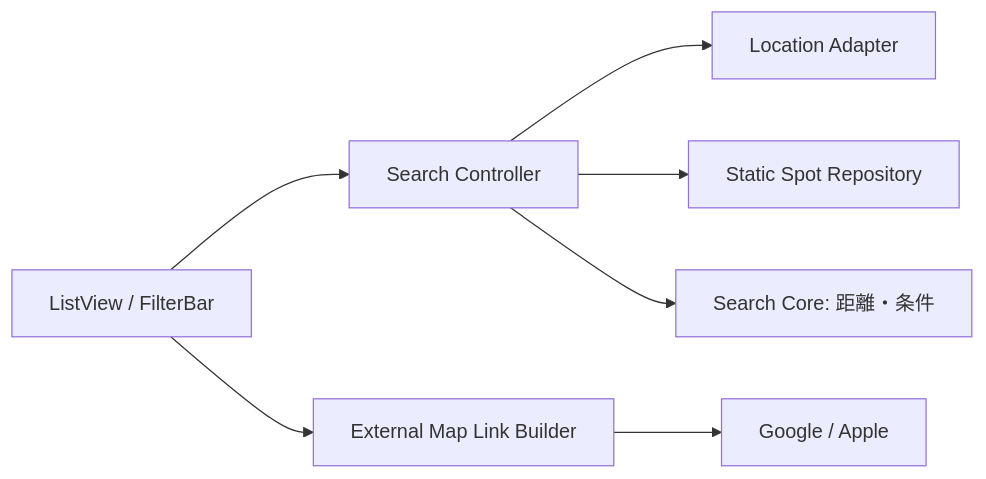
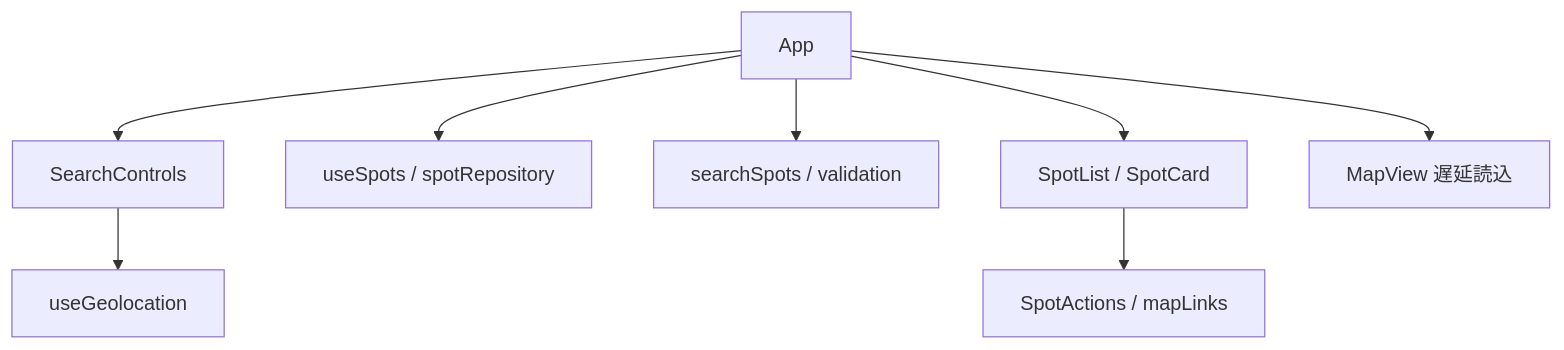
The third of 4 diagrams in docs/ARCHITECTURE.md (suzaking/lespot), drawn with Mermaid before and after one commit. The commit also changed other lines of this file and 69 other files, not shown here.

Commit message:
feat: implement static LeSpot search, linked map, CSV validation and test foundation

````diff
--- a/docs/ARCHITECTURE.md
+++ b/docs/ARCHITECTURE.md
@@ -47,9 +34,10 @@
 ```mermaid
-flowchart LR
-  UI[ListView / FilterBar] --> CT[Search Controller]
-  CT --> GEO[Location Adapter]
-  CT --> REPO[Static Spot Repository]
-  CT --> CORE[Search Core: 距離・条件]
-  UI --> MAP[External Map Link Builder]
-  MAP --> GOOGLE[Google / Apple]
+flowchart TD
+ App[App] --> Controls[SearchControls]
+ App --> Repo[useSpots / spotRepository]
+ App --> Core[searchSpots / validation]
+ App --> List[SpotList / SpotCard]
+ App --> Map[MapView 遅延読込]
+ Controls --> Geo[useGeolocation]
+ List --> Links[SpotActions / mapLinks]
 ```
````
